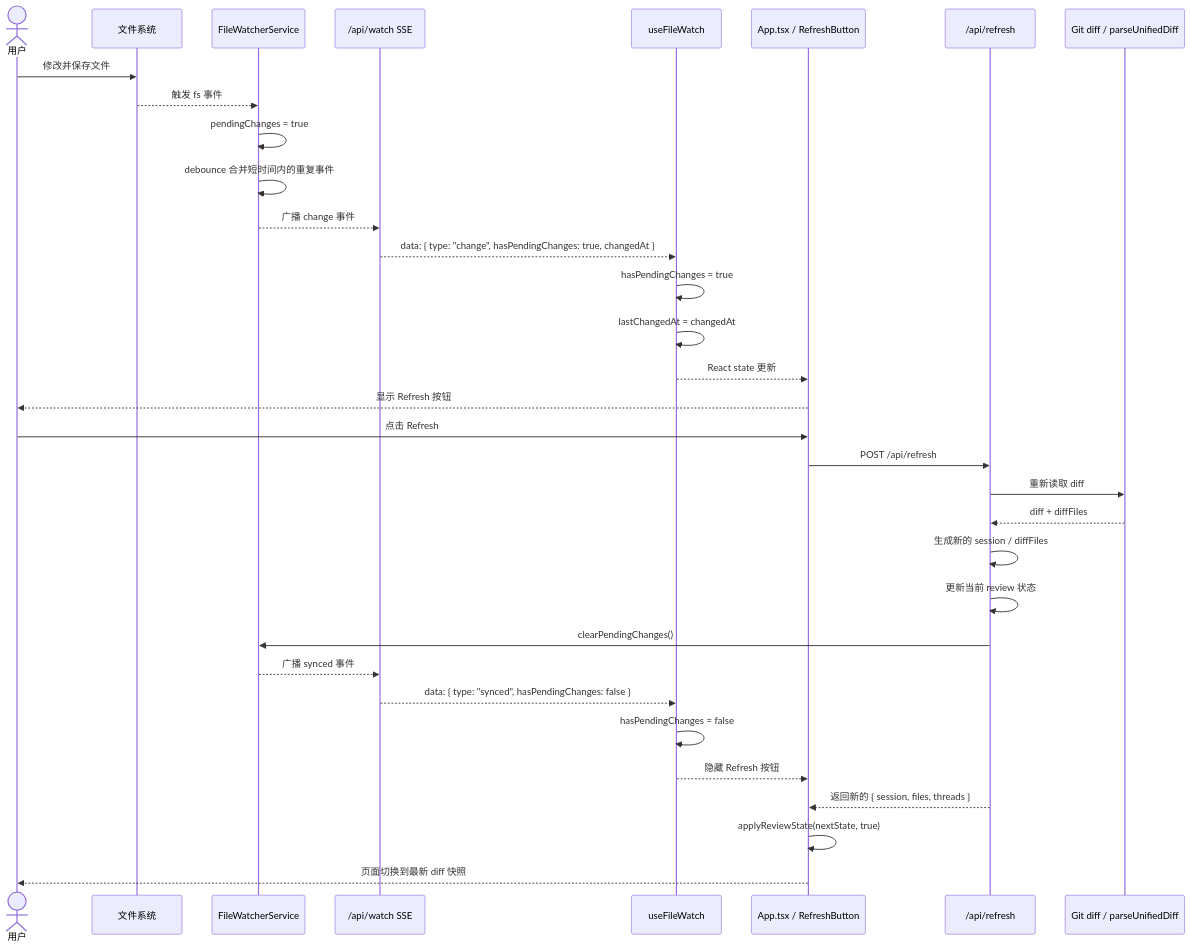
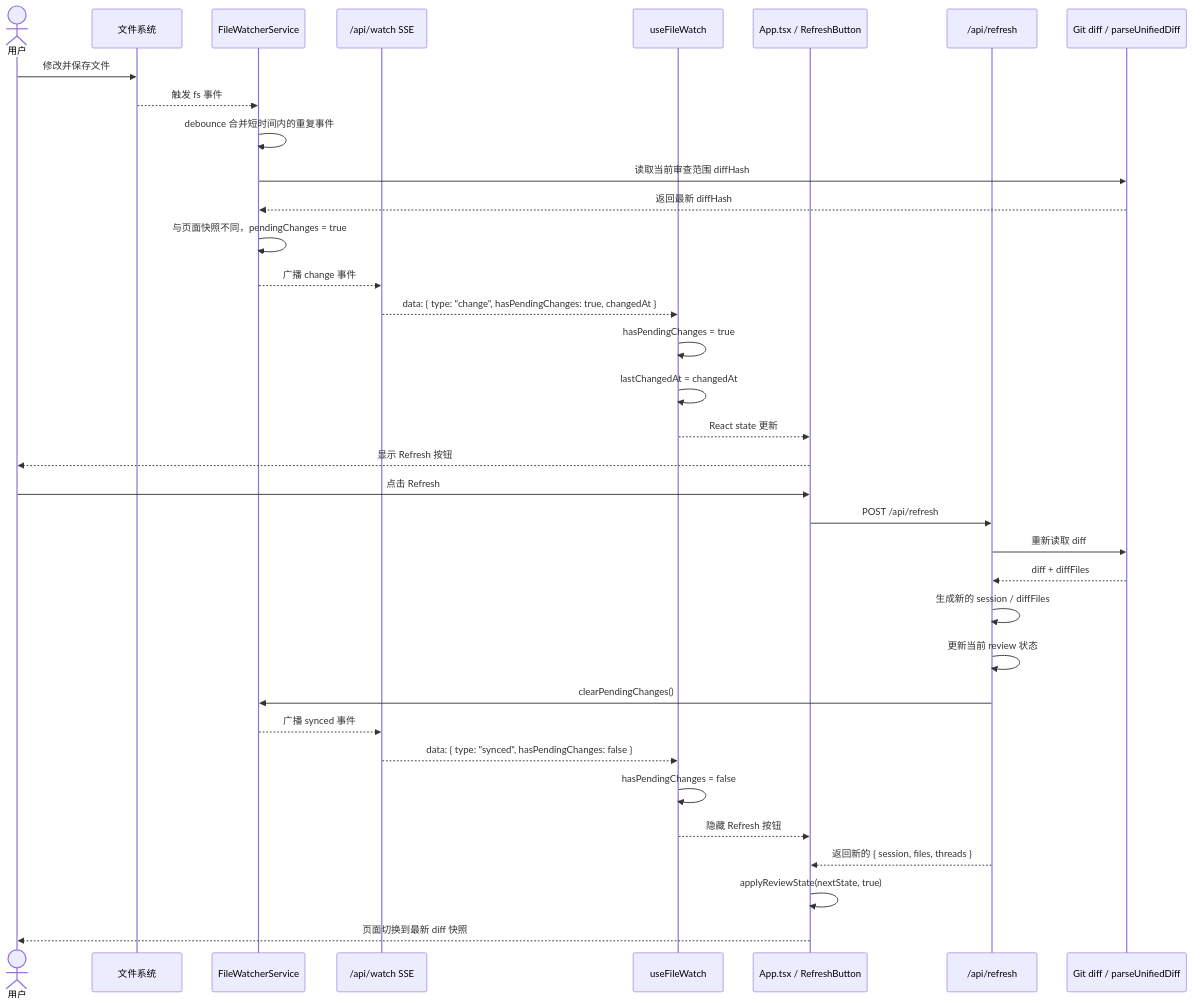
One commit to Mone-Lee/diff-review changed the diagram in docs/refresh-workflow.md. Above: the diagram before and after it, drawn with Mermaid. The commit also changed other lines of this file and 3 other files, not shown here.

````diff
--- a/docs/refresh-workflow.md
+++ b/docs/refresh-workflow.md
@@ -529,37 +529,39 @@
 ```mermaid
 sequenceDiagram
     actor User as 用户
     participant FS as 文件系统
     participant Watcher as FileWatcherService
     participant WatchAPI as /api/watch SSE
     participant Hook as useFileWatch
     participant UI as App.tsx / RefreshButton
     participant RefreshAPI as /api/refresh
     participant Git as Git diff / parseUnifiedDiff
 
     User->>FS: 修改并保存文件
     FS-->>Watcher: 触发 fs 事件
-    Watcher->>Watcher: pendingChanges = true
     Watcher->>Watcher: debounce 合并短时间内的重复事件
+    Watcher->>Git: 读取当前审查范围 diffHash
+    Git-->>Watcher: 返回最新 diffHash
+    Watcher->>Watcher: 与页面快照不同，pendingChanges = true
     Watcher-->>WatchAPI: 广播 change 事件
     WatchAPI-->>Hook: data: { type: "change", hasPendingChanges: true, changedAt }
     Hook->>Hook: hasPendingChanges = true
     Hook->>Hook: lastChangedAt = changedAt
     Hook-->>UI: React state 更新
     UI-->>User: 显示 Refresh 按钮
 
     User->>UI: 点击 Refresh
     UI->>RefreshAPI: POST /api/refresh
     RefreshAPI->>Git: 重新读取 diff
     Git-->>RefreshAPI: diff + diffFiles
     RefreshAPI->>RefreshAPI: 生成新的 session / diffFiles
     RefreshAPI->>RefreshAPI: 更新当前 review 状态
     RefreshAPI->>Watcher: clearPendingChanges()
     Watcher-->>WatchAPI: 广播 synced 事件
     WatchAPI-->>Hook: data: { type: "synced", hasPendingChanges: false }
     Hook->>Hook: hasPendingChanges = false
     Hook-->>UI: 隐藏 Refresh 按钮
     RefreshAPI-->>UI: 返回新的 { session, files, threads }
     UI->>UI: applyReviewState(nextState, true)
     UI-->>User: 页面切换到最新 diff 快照
 ```
````
